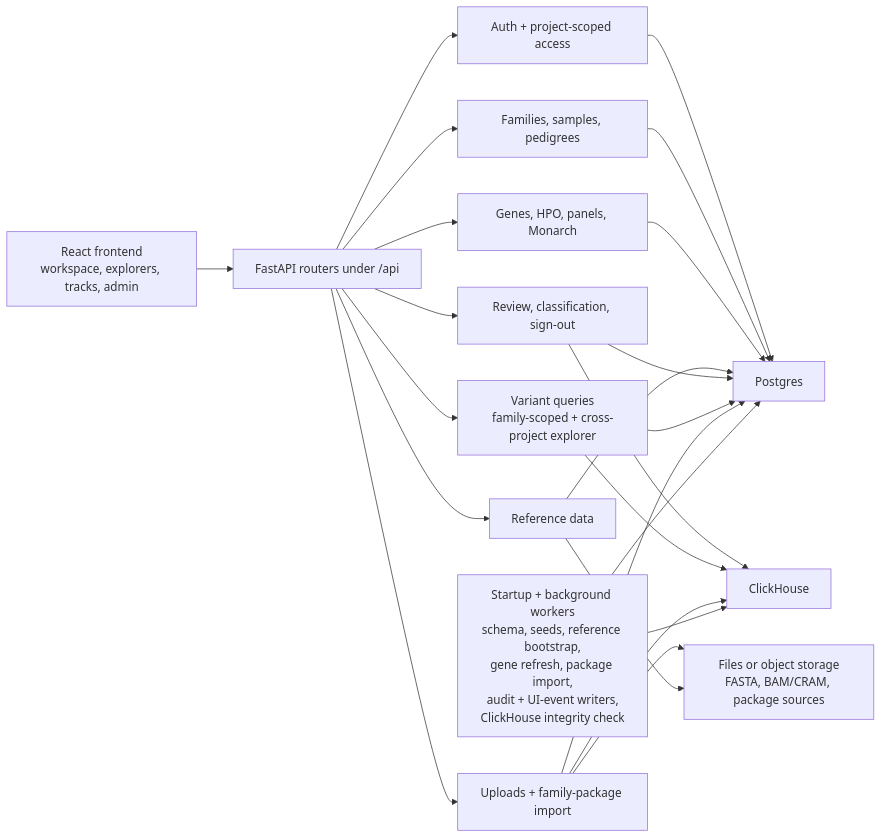
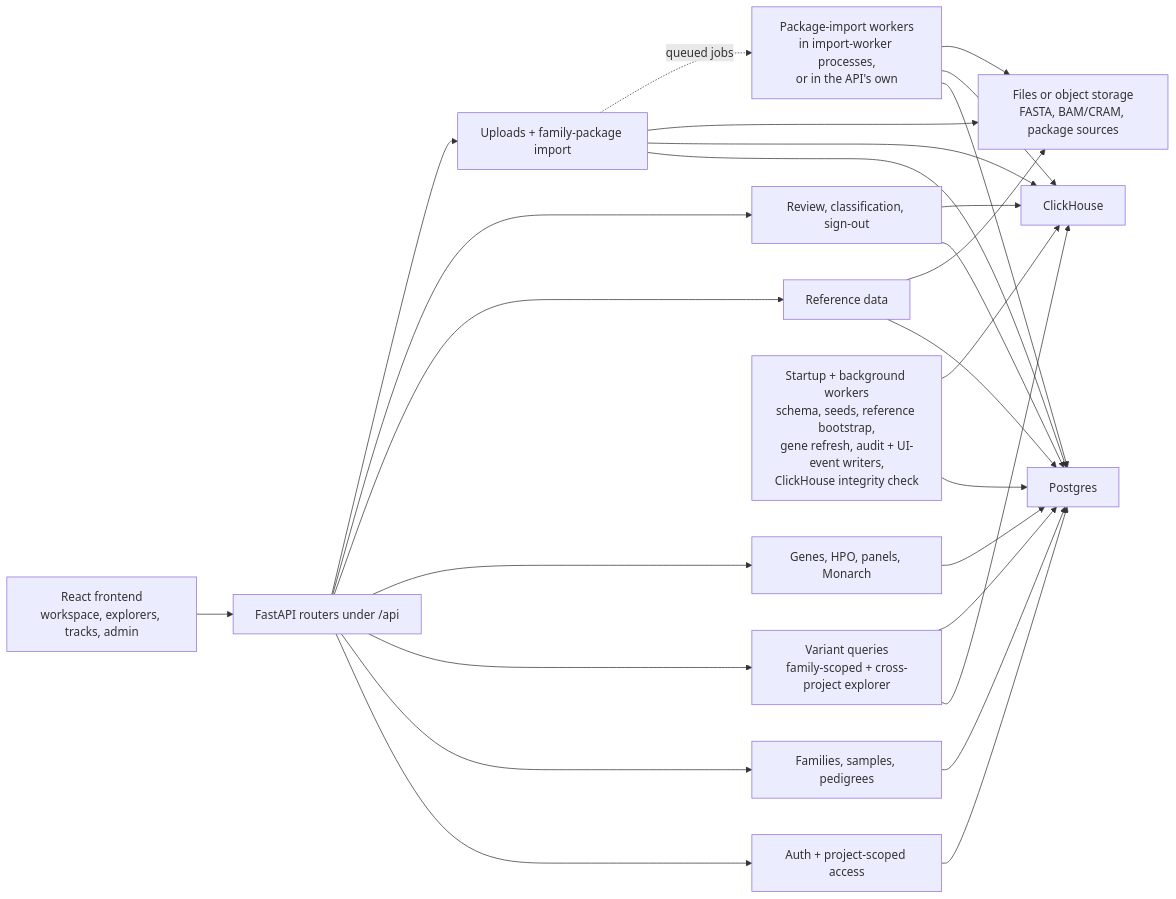
Before and after one commit to bmenten/CoGA: the diagram in docs/application-scheme.md, drawn with Mermaid. The commit also changed other lines of this file and 28 other files, not shown here.

First line of the commit message:
feat(import): run the package-import workers in processes of their own (#1094)

````diff
--- a/docs/application-scheme.md
+++ b/docs/application-scheme.md
@@ -7,29 +7,34 @@
 ```mermaid
 flowchart LR
     UI["React frontend<br/>workspace, explorers, tracks, admin"] --> API["FastAPI routers under /api"]
 
     API --> AUTH["Auth + project-scoped access"]
     API --> META["Families, samples, pedigrees"]
     API --> VAR["Variant queries<br/>family-scoped + cross-project explorer"]
     API --> GENE["Genes, HPO, panels, Monarch"]
     API --> REF["Reference data"]
     API --> REVIEW["Review, classification, sign-out"]
     API --> IMPORT["Uploads + family-package import"]
 
     AUTH --> PG["Postgres"]
     META --> PG
     GENE --> PG
     REF --> PG
     REVIEW --> PG
     REVIEW --> CH["ClickHouse"]
     VAR --> CH
     VAR --> PG
     IMPORT --> PG
     IMPORT --> CH
 
     IMPORT --> FS["Files or object storage<br/>FASTA, BAM/CRAM, package sources"]
     REF --> FS
 
-    JOBS["Startup + background workers<br/>schema, seeds, reference bootstrap,<br/>gene refresh, package import,<br/>audit + UI-event writers,<br/>ClickHouse integrity check"] --> PG
+    JOBS["Startup + background workers<br/>schema, seeds, reference bootstrap,<br/>gene refresh, audit + UI-event writers,<br/>ClickHouse integrity check"] --> PG
     JOBS --> CH
+
+    IMPORT -. "queued jobs" .-> WORKERS["Package-import workers<br/>in import-worker processes,<br/>or in the API's own"]
+    WORKERS --> PG
+    WORKERS --> CH
+    WORKERS --> FS
 ```
````
